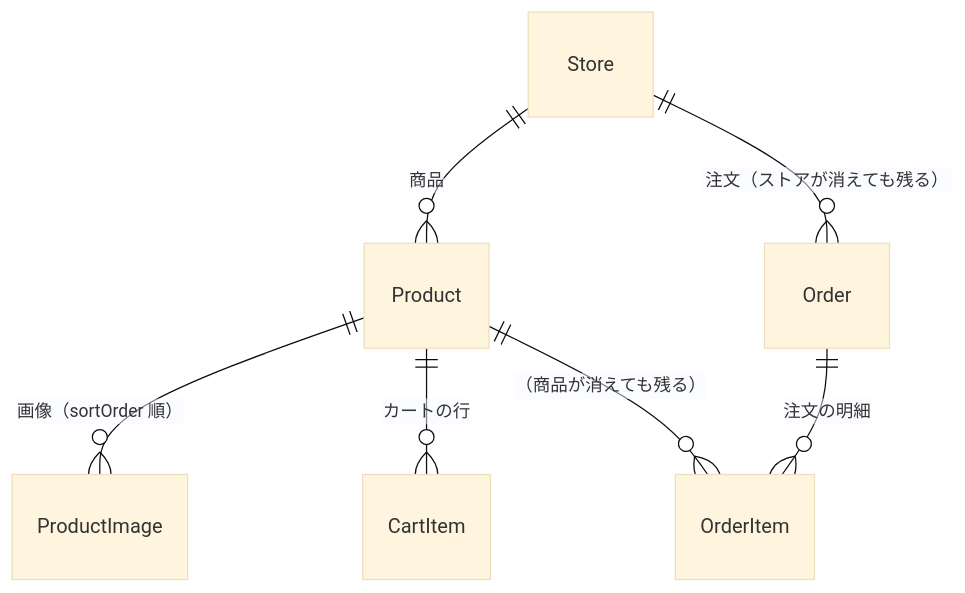
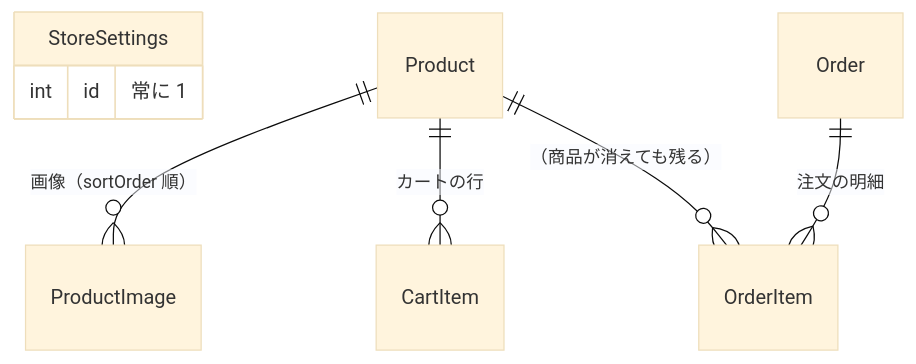
Before and after one commit to Sparklingstadt/candy-rain-stores: the second of 8 diagrams in docs/feature-guide.md, drawn with Mermaid (base theme). The commit also changed other lines of this file and 47 other files, not shown here.

````diff
--- a/docs/feature-guide.md
+++ b/docs/feature-guide.md
@@ -123,9 +124,10 @@
 ```mermaid
 erDiagram
-  Store ||--o{ Product : "商品"
+  StoreSettings {
+    int id "常に 1"
+  }
   Product ||--o{ ProductImage : "画像（sortOrder 順）"
   Product ||--o{ CartItem : "カートの行"
-  Store ||--o{ Order : "注文（ストアが消えても残る）"
   Order ||--o{ OrderItem : "注文の明細"
   Product ||--o{ OrderItem : "（商品が消えても残る）"
 ```
````
